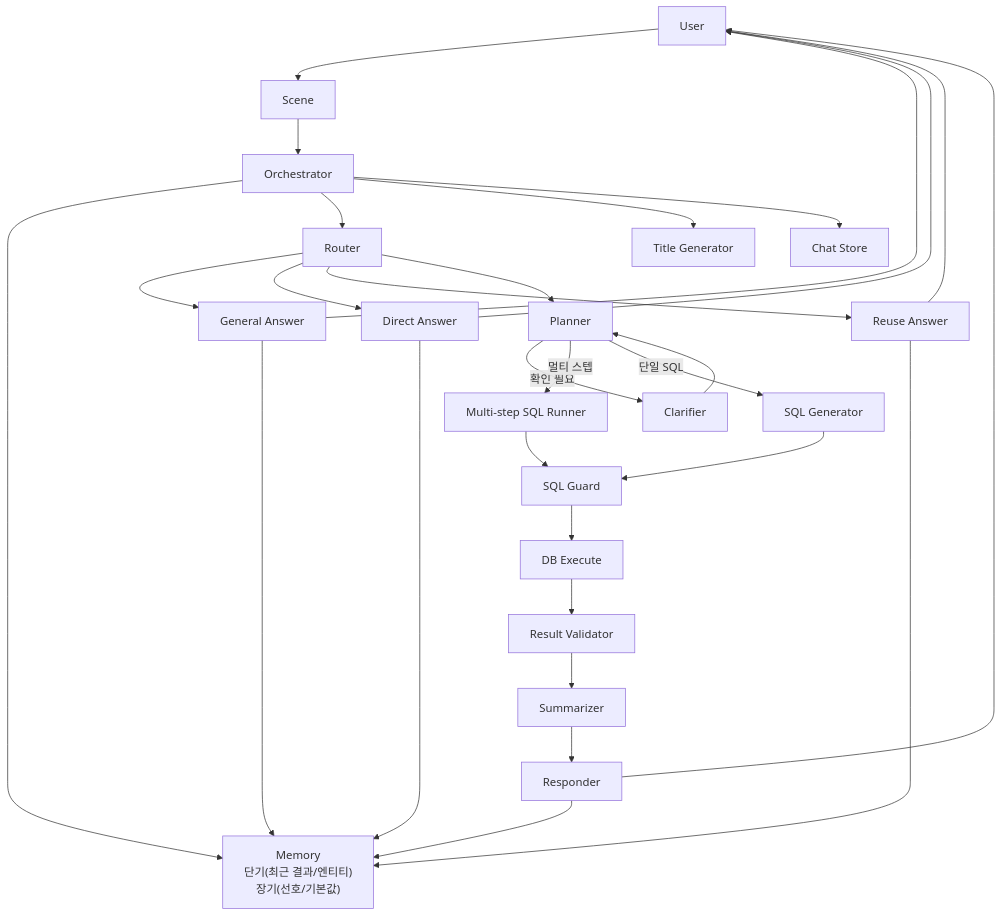
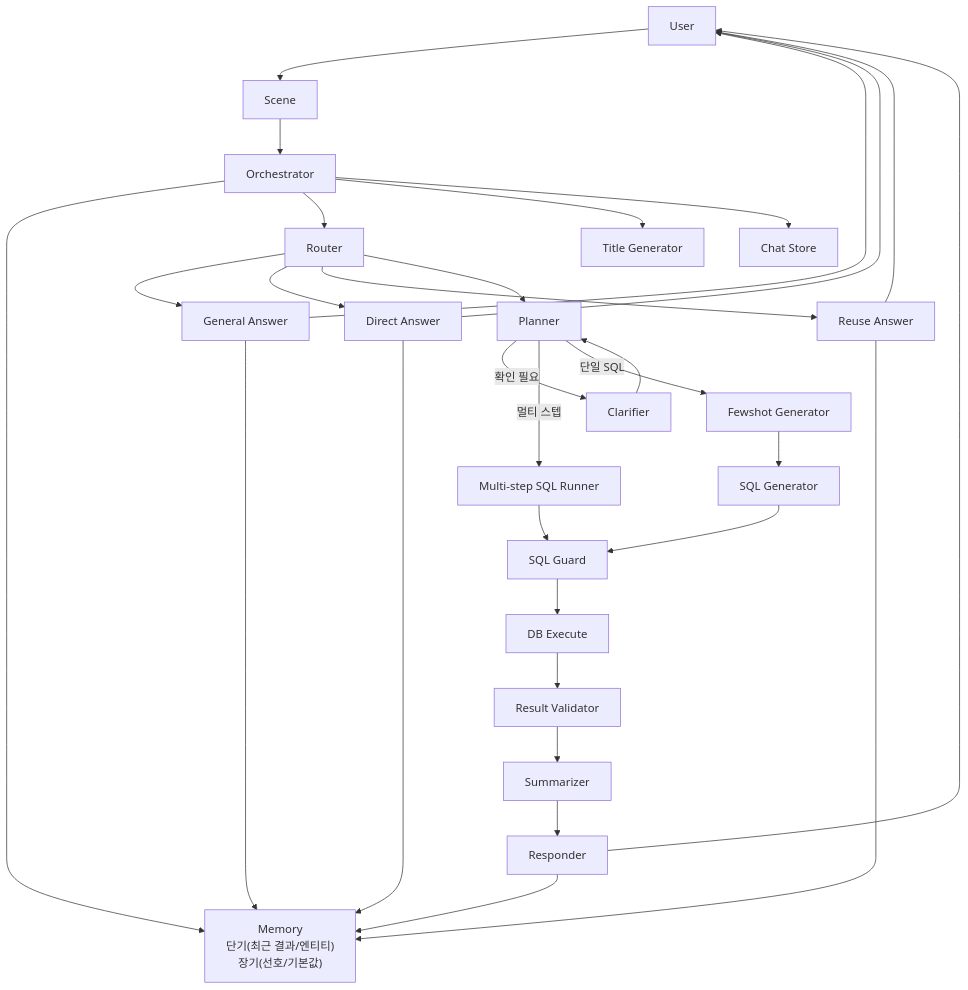
Before and after one commit to YongKyeom/nl2sql_nba_chatbot: the diagram in README.md, drawn with Mermaid. The commit also changed other lines of this file and 9 other files, not shown here.

First line of the commit message:
[feat] FewshotGenerator 추가

````diff
--- a/README.md
+++ b/README.md
@@ -183,38 +184,39 @@
 ```mermaid
 flowchart TD
   U["User"] --> S["Scene"]
   S --> O["Orchestrator"]
   O --> M["Memory<br/>단기(최근 결과/엔티티)<br/>장기(선호/기본값)"]
 
   O --> R["Router"]
   R --> GA["General Answer"]
   R --> DA["Direct Answer"]
   R --> RE["Reuse Answer"]
   R --> P["Planner"]
 
   P -->|확인 필요| C["Clarifier"]
   C --> P
 
   P -->|멀티 스텝| MS["Multi-step SQL Runner"]
-  P -->|단일 SQL| SG["SQL Generator"]
+  P -->|단일 SQL| FS["Fewshot Generator"]
+  FS --> SG["SQL Generator"]
 
   O --> TS["Title Generator"]
   O --> CS["Chat Store"]
 
   MS --> G["SQL Guard"]
   SG --> G
   G --> EX["DB Execute"]
   EX --> V["Result Validator"]
   V --> SUM["Summarizer"]
   SUM --> RESP["Responder"]
 
   GA --> U
   DA --> U
   RE --> U
   RESP --> U
 
   GA --> M
   DA --> M
   RE --> M
   RESP --> M
 ```
````
